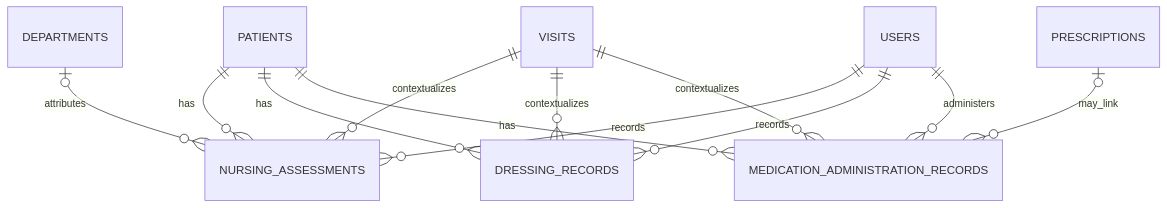
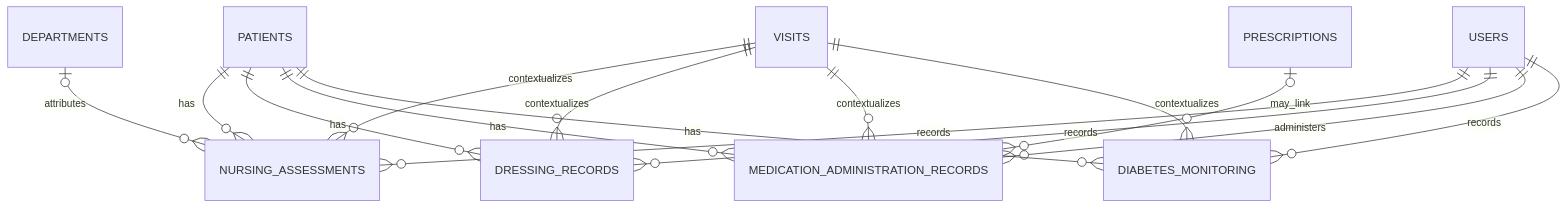
One commit to Wallem-1089/Zimran changed diagram 14 of 18 in DATABASE_RELATIONSHIPS.md. Above: the diagram before and after it, drawn with Mermaid. The commit also changed other lines of this file and 20 other files, not shown here.

````diff
--- a/DATABASE_RELATIONSHIPS.md
+++ b/DATABASE_RELATIONSHIPS.md
@@ -875,14 +879,17 @@
 ```mermaid
 erDiagram
     PATIENTS ||--o{ NURSING_ASSESSMENTS : has
     VISITS ||--o{ NURSING_ASSESSMENTS : contextualizes
     DEPARTMENTS o|--o{ NURSING_ASSESSMENTS : attributes
     USERS ||--o{ NURSING_ASSESSMENTS : records
     PATIENTS ||--o{ DRESSING_RECORDS : has
     VISITS ||--o{ DRESSING_RECORDS : contextualizes
     USERS ||--o{ DRESSING_RECORDS : records
     PRESCRIPTIONS o|--o{ MEDICATION_ADMINISTRATION_RECORDS : may_link
     PATIENTS ||--o{ MEDICATION_ADMINISTRATION_RECORDS : has
     VISITS ||--o{ MEDICATION_ADMINISTRATION_RECORDS : contextualizes
     USERS ||--o{ MEDICATION_ADMINISTRATION_RECORDS : administers
+    PATIENTS ||--o{ DIABETES_MONITORING : has
+    VISITS ||--o{ DIABETES_MONITORING : contextualizes
+    USERS ||--o{ DIABETES_MONITORING : records
 ```
````
